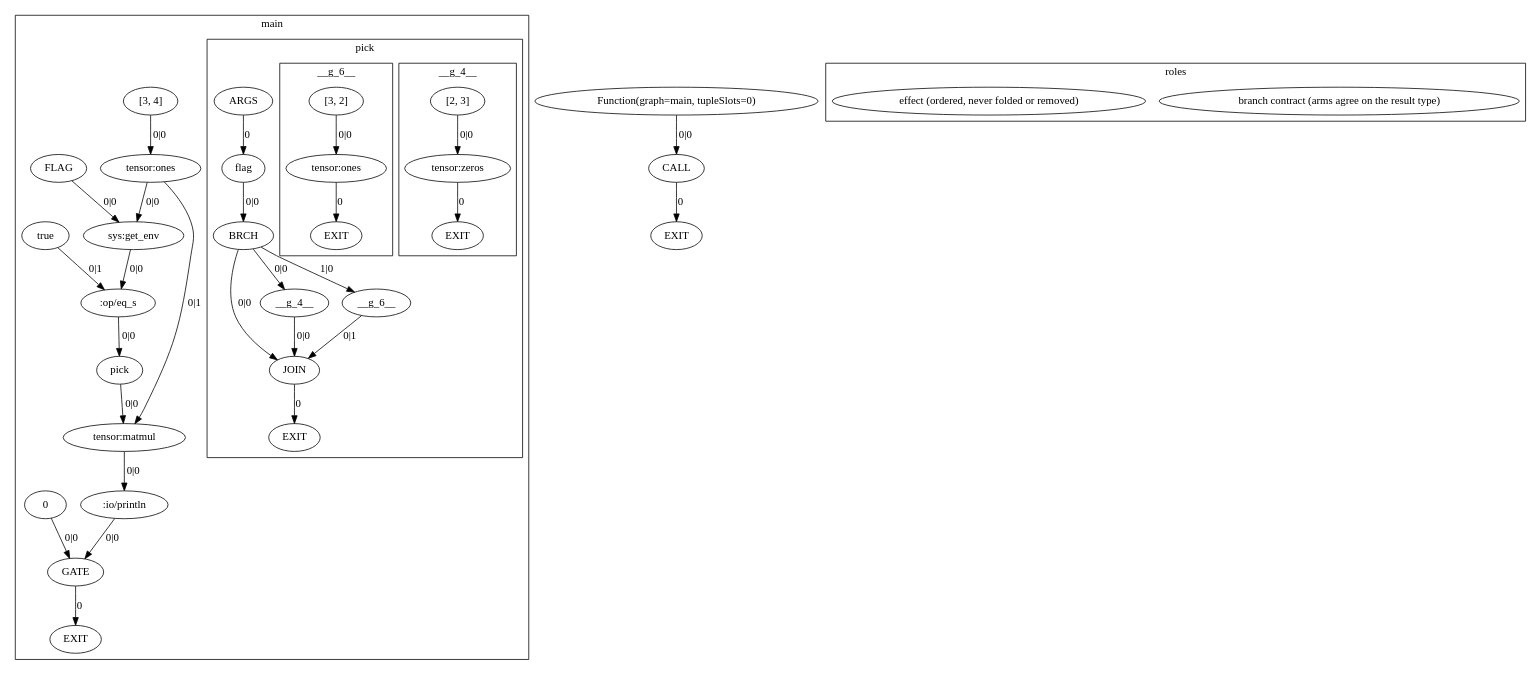
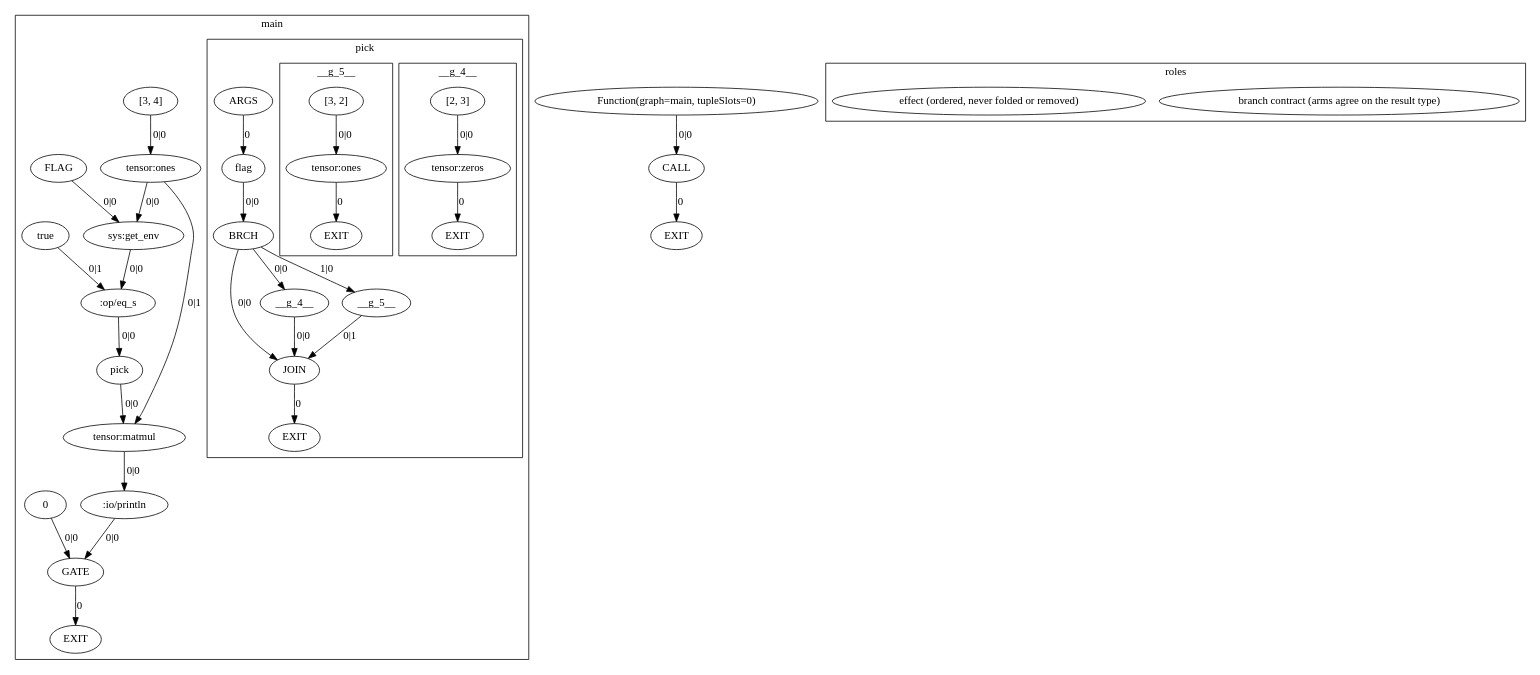
The diagram in exemplars/02_branch_shape_contract/expected/dump.agir.dot (OpenCML/Camel), drawn with Graphviz before and after one commit. The commit also changed 10 other files, not shown here.

```diff
--- a/exemplars/02_branch_shape_contract/expected/dump.agir.dot
+++ b/exemplars/02_branch_shape_contract/expected/dump.agir.dot
@@ -1,73 +1,73 @@
 digraph GraphIR {
     subgraph cluster_F01 {
         label="main";
         subgraph cluster_F02 {
             label="pick";
             subgraph cluster_F03 {
                 label="__g_4__";
                 O03 [label="EXIT", type="EXIT"];
                 N00 [label="[2, 3]", type="DATA", origin=160, span="13:30-13:36", srcfile="exemplars/02_branch_shape_contract/program.cml", value_type="int[]"];
                 N01 [label="tensor:zeros", type="OPER", origin=161, span="13:24-13:29", srcfile="exemplars/02_branch_shape_contract/program.cml", value_type="Tensor<float32, [2, 3]>"];
                 N01 -> O03 [label="0", type="EXIT"];
                 N00 -> N01 [label="0|0", type="NORM"];
             }
             subgraph cluster_F04 {
-                label="__g_6__";
+                label="__g_5__";
                 O04 [label="EXIT", type="EXIT"];
                 N02 [label="[3, 2]", type="DATA", origin=164, span="13:48-13:54", srcfile="exemplars/02_branch_shape_contract/program.cml", value_type="int[]"];
                 N03 [label="tensor:ones", type="OPER", origin=165, span="13:43-13:47", srcfile="exemplars/02_branch_shape_contract/program.cml", value_type="Tensor<float32, [3, 2]>"];
                 N03 -> O04 [label="0", type="EXIT"];
                 N02 -> N03 [label="0|0", type="NORM"];
             }
             F02 [label="ARGS", type="ARGS"];
             O02 [label="EXIT", type="EXIT"];
             N04 [label="flag", type="PORT", param_name="flag", param_kind="normal", param_index="0", value_type="bool"];
             N05 [label="JOIN", type="JOIN", role="branch-contract", origin=157, span="13:11-13:55", srcfile="exemplars/02_branch_shape_contract/program.cml", value_type="Tensor<float32, [?, ?]>"];
             N06 [label="BRCH", type="BRCH", origin=156, span="13:11-13:55", srcfile="exemplars/02_branch_shape_contract/program.cml", value_type="int"];
             N07 [label="__g_4__", type="FUNC", origin=158, span="13:24-13:37", srcfile="exemplars/02_branch_shape_contract/program.cml", value_type="Tensor<float32, [2, 3]>"];
-            N08 [label="__g_6__", type="FUNC", origin=162, span="13:43-13:55", srcfile="exemplars/02_branch_shape_contract/program.cml", value_type="Tensor<float32, [3, 2]>"];
+            N08 [label="__g_5__", type="FUNC", origin=162, span="13:43-13:55", srcfile="exemplars/02_branch_shape_contract/program.cml", value_type="Tensor<float32, [3, 2]>"];
             F02 -> N04 [label="0", type="NORM_PORT"];
             N05 -> O02 [label="0", type="EXIT"];
             N07 -> N05 [label="0|0", type="WITH"];
             N08 -> N05 [label="0|1", type="WITH"];
             N06 -> N05 [label="0|0", type="NORM"];
             N04 -> N06 [label="0|0", type="NORM"];
             N06 -> N07 [label="0|0", type="CTRL"];
             N06 -> N08 [label="1|0", type="CTRL"];
         }
         O01 [label="EXIT", type="EXIT"];
         N09 [label="[3, 4]", type="DATA", origin=168, span="17:17-17:23", srcfile="exemplars/02_branch_shape_contract/program.cml", value_type="int[]"];
         N0A [label="tensor:ones", type="OPER", origin=169, span="17:12-17:16", srcfile="exemplars/02_branch_shape_contract/program.cml", value_type="Tensor<float32, [3, 4]>"];
         N0B [label="FLAG", type="DATA", origin=175, span="18:25-18:31", srcfile="exemplars/02_branch_shape_contract/program.cml", value_type="string"];
         N0C [label="sys:get_env", type="OPER", role="effect", origin=176, span="18:17-18:24", srcfile="exemplars/02_branch_shape_contract/program.cml", value_type="string"];
         N0D [label="true", type="DATA", origin=177, span="18:36-18:42", srcfile="exemplars/02_branch_shape_contract/program.cml", value_type="string"];
         N0E [label=":op/eq_s", type="OPER", origin=178, span="18:33-18:35", srcfile="exemplars/02_branch_shape_contract/program.cml", value_type="bool"];
         N0F [label="pick", type="FUNC", origin=179, span="18:12-18:43", srcfile="exemplars/02_branch_shape_contract/program.cml", value_type="Tensor"];
         N10 [label="tensor:matmul", type="OPER", origin=180, span="18:44-18:45", srcfile="exemplars/02_branch_shape_contract/program.cml", value_type="Tensor"];
         N11 [label=":io/println", type="OPER", role="effect", origin=181, span="18:4-18:11", srcfile="exemplars/02_branch_shape_contract/program.cml", value_type="Tensor"];
         N12 [label="0", type="DATA", origin=182, span="19:11-19:12", srcfile="exemplars/02_branch_shape_contract/program.cml", value_type="int"];
         N13 [label="GATE", type="GATE", value_type="int"];
         N13 -> O01 [label="0", type="EXIT"];
         N09 -> N0A [label="0|0", type="NORM"];
         N0B -> N0C [label="0|0", type="NORM"];
         N0A -> N0C [label="0|0", type="CTRL"];
         N0C -> N0E [label="0|0", type="NORM"];
         N0D -> N0E [label="0|1", type="NORM"];
         N0E -> N0F [label="0|0", type="NORM"];
         N0F -> N10 [label="0|0", type="NORM"];
         N0A -> N10 [label="0|1", type="NORM"];
         N10 -> N11 [label="0|0", type="NORM"];
         N12 -> N13 [label="0|0", type="NORM"];
         N11 -> N13 [label="0|0", type="CTRL"];
     }
     O00 [label="EXIT", type="EXIT"];
     N14 [label="Function(graph=main, tupleSlots=0)", type="DATA", origin=166, span="16:0-20:1", srcfile="exemplars/02_branch_shape_contract/program.cml", value_type="() => int"];
     N15 [label="CALL", type="CALL", value_type="int"];
     N15 -> O00 [label="0", type="EXIT"];
     N14 -> N15 [label="0|0", type="WITH"];
     subgraph cluster_legend {
         label="roles";
         "legend_branch-contract" [label="branch contract (arms agree on the result type)", type="LEGEND", role="branch-contract"];
         "legend_effect" [label="effect (ordered, never folded or removed)", type="LEGEND", role="effect"];
     }
 }
```
